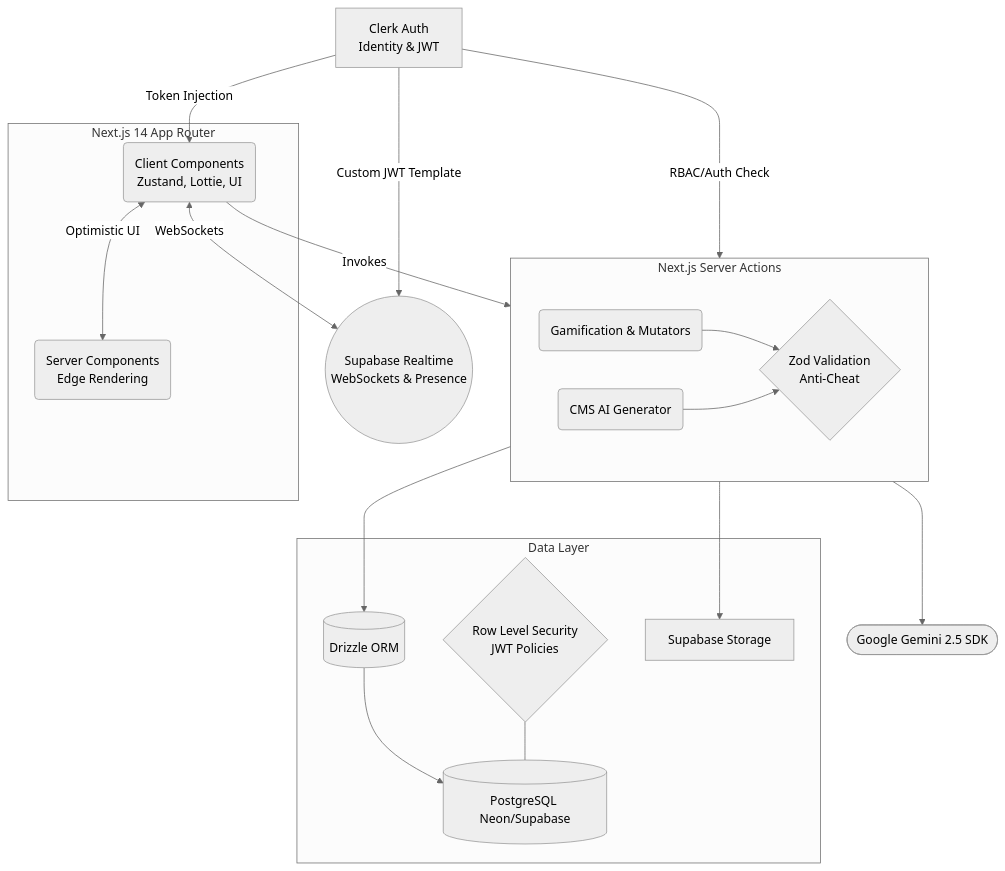
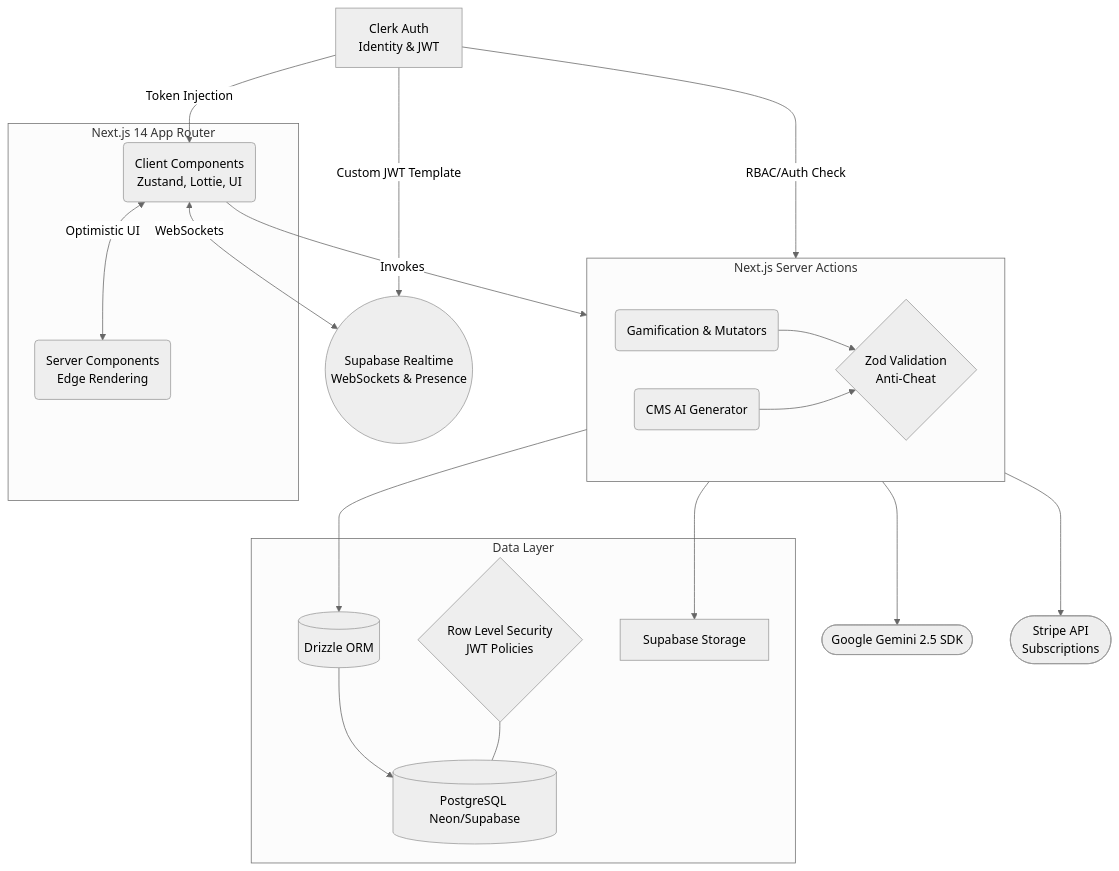
Before and after one commit to imperador1k/myduolingo: the first of 2 diagrams in ARCHITECTURE.md, drawn with Mermaid (neutral theme). The commit also changed other lines of this file and 38 other files, not shown here.

````diff
--- a/ARCHITECTURE.md
+++ b/ARCHITECTURE.md
@@ -11,46 +11,48 @@
 ```mermaid
 flowchart TD
     %% Next.js & UI Layer
     subgraph UI [Next.js 14 App Router]
         Client(Client Components <br/> Zustand, Lottie, UI)
         Server(Server Components <br/> Edge Rendering)
     end
 
     %% API & Actions
     subgraph Actions [Next.js Server Actions]
         Mutation(Gamification & Mutators)
         AIx(CMS AI Generator)
         Zod{Zod Validation <br/> Anti-Cheat}
         Mutation --> Zod
         AIx --> Zod
     end
 
     %% Providers
     Clerk[Clerk Auth <br/> Identity & JWT]
     SupabaseRealtime((Supabase Realtime <br/> WebSockets & Presence))
     Gemini([Google Gemini 2.5 SDK])
+    Stripe([Stripe API <br/> Subscriptions])
 
     %% Database Layer
     subgraph Data [Data Layer]
         Drizzle[(Drizzle ORM)]
         DB[(PostgreSQL Neon/Supabase)]
         RLS{Row Level Security <br/> JWT Policies}
         Storage[Supabase Storage]
     end
 
     %% Relationships
     Client <-->|Optimistic UI| Server
     Client -->|Invokes| Actions
     Client <-->|WebSockets| SupabaseRealtime 
     
     Actions --> Drizzle
     Actions --> Gemini
     Actions --> Storage
+    Actions --> Stripe
 
     Drizzle --> DB
     RLS --- DB
     
     Clerk -->|Token Injection| Client
     Clerk -->|RBAC/Auth Check| Actions
     Clerk -->|Custom JWT Template| SupabaseRealtime
 ```
````
